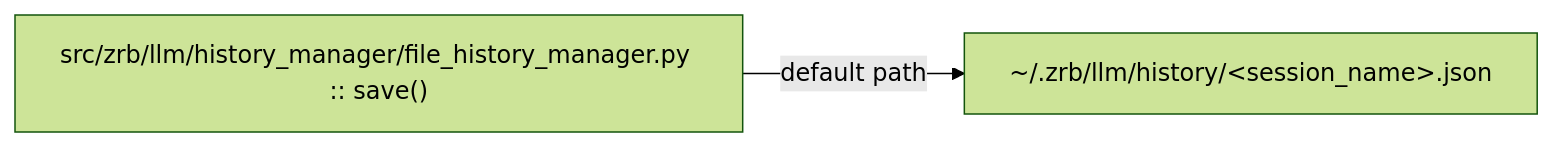
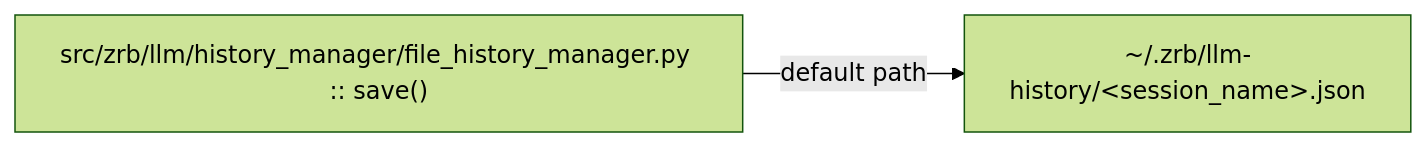
The seventh of 7 diagrams in docs/llm/llm-chat-lifecycle.md (state-alchemists/zrb), drawn with Mermaid (forest theme) before and after one commit. The commit also changed other lines of this file and 97 other files, not shown here.

````diff
--- a/docs/llm/llm-chat-lifecycle.md
+++ b/docs/llm/llm-chat-lifecycle.md
@@ -163,5 +159,5 @@
 ```mermaid
 flowchart LR
     Save["src/zrb/llm/history_manager/file_history_manager.py :: save()"]
-    Save -->|default path| File["~/.zrb/llm/history/&lt;session_name&gt;.json"]
+    Save -->|default path| File["~/.zrb/llm-history/&lt;session_name&gt;.json"]
 ```
````
